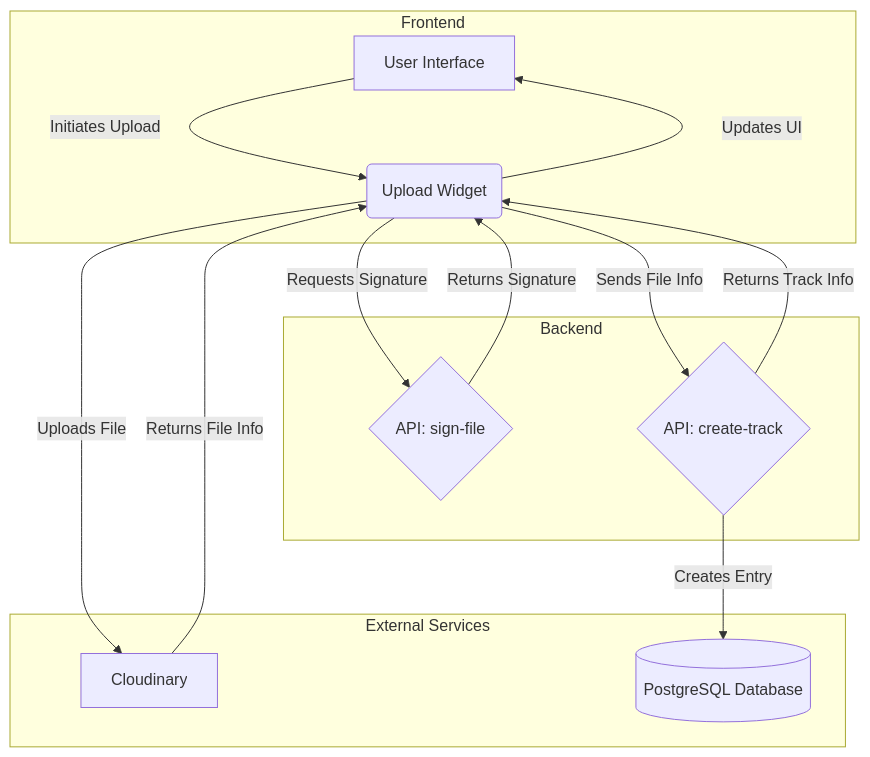
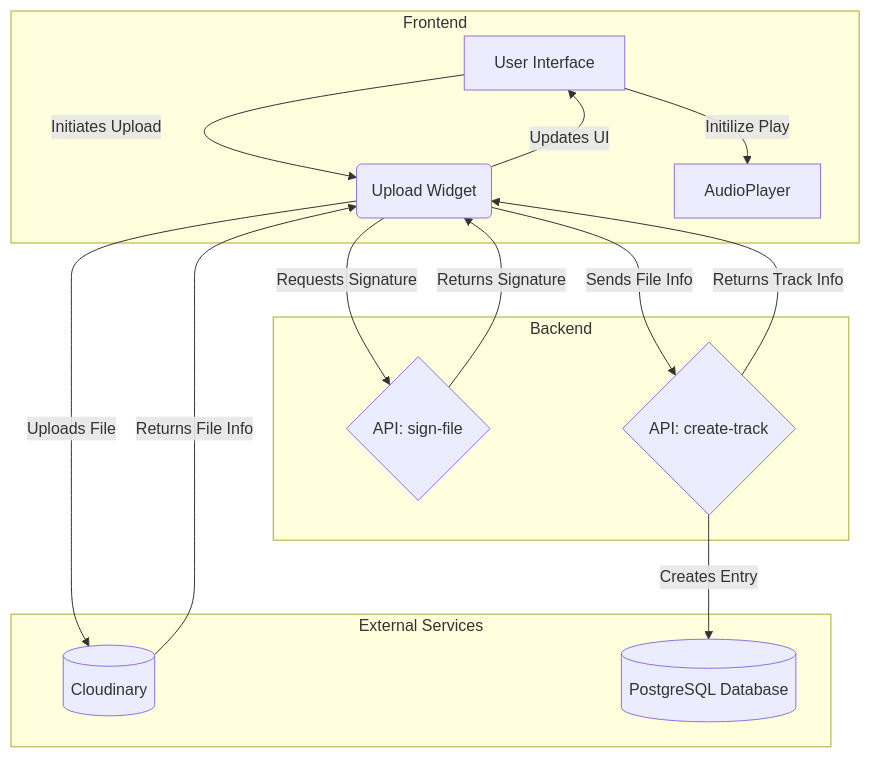
Before and after one commit to FrantisekI/audio-player: the diagram in README.md, drawn with Mermaid.

Commit message:
modified:   README.md

````diff
--- a/README.md
+++ b/README.md
@@ -39,28 +39,30 @@
 ```mermaid
 graph TD
-    A[User Interface] -->|Initiates Upload| B(Upload Widget)
-    B -->|Requests Signature| C{API: sign-file}
-    C -->|Returns Signature| B
-    B -->|Uploads File| D[Cloudinary]
-    D -->|Returns File Info| B
-    B -->|Sends File Info| E{API: create-track}
-    E -->|Creates Entry| F[(PostgreSQL Database)]
-    E -->|Returns Track Info| B
-    B -->|Updates UI| A
+    UserInterface[User Interface] -->|Initiates Upload| UploadWidget(Upload Widget)
+    UploadWidget -->|Requests Signature| APIsignFile{API: sign-file}
+    APIsignFile -->|Returns Signature| UploadWidget
+    UploadWidget -->|Uploads File| Cloudinary[(Cloudinary)]
+    Cloudinary -->|Returns File Info| UploadWidget
+    UploadWidget -->|Sends File Info| APIcreateTrack{API: create-track}
+    APIcreateTrack -->|Creates Entry| PostgreSQL[(PostgreSQL Database)]
+    APIcreateTrack -->|Returns Track Info| UploadWidget
+    UploadWidget -->|Updates UI| UserInterface
+    UserInterface -->|Initilize Play| AudioPlayer
 
     subgraph "Frontend"
-    A
-    B
+    UserInterface
+    UploadWidget
+    AudioPlayer
     end
 
     subgraph "Backend"
-    C
-    E
+    APIsignFile
+    APIcreateTrack
     end
 
     subgraph "External Services"
-    D
-    F
+    Cloudinary
+    PostgreSQL
     end
 
 ```
````
